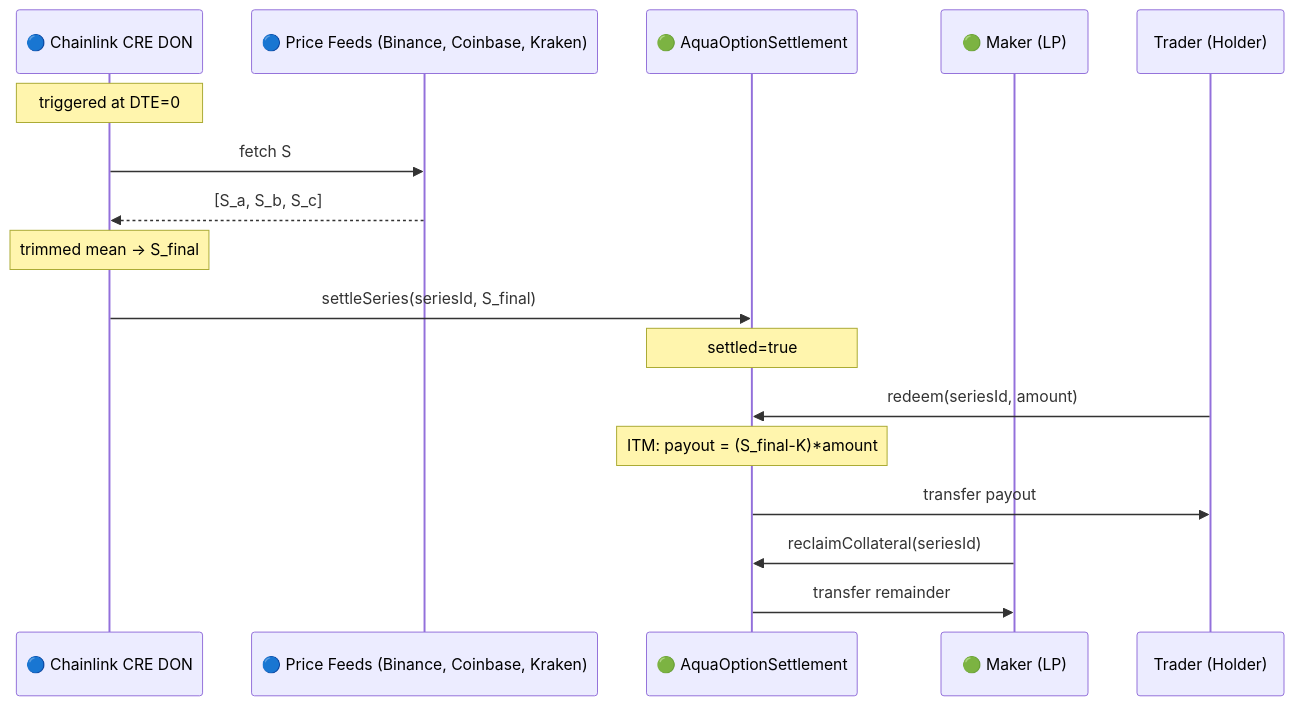
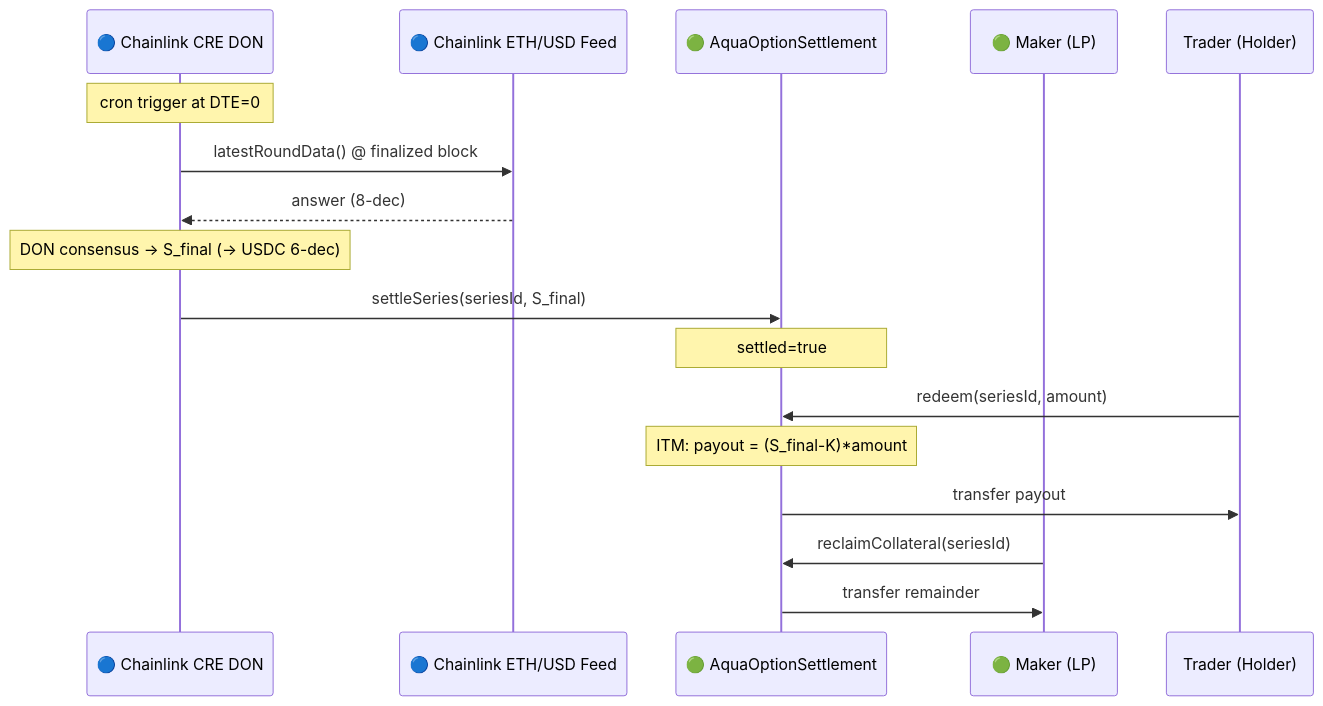
Before and after one commit to oslinin/Smile: the seventh of 7 diagrams in README.md, drawn with Mermaid. The commit also changed other lines of this file and 23 other files, not shown here.

First line of the commit message:
CRE settlement reads Chainlink ETH/USD feed; final Smile branding

````diff
--- a/README.md
+++ b/README.md
@@ -244,20 +255,20 @@
 ```mermaid
 sequenceDiagram
     participant CRE as 🔵 Chainlink CRE DON
-    participant Feeds as 🔵 Price Feeds (Binance, Coinbase, Kraken)
+    participant Feed as 🔵 Chainlink ETH/USD Feed
     participant Settlement as 🟢 AquaOptionSettlement
     participant Maker as 🟢 Maker (LP)
     participant Holder as Trader (Holder)
 
-    Note over CRE: triggered at DTE=0
-    CRE->>Feeds: fetch S
-    Feeds-->>CRE: [S_a, S_b, S_c]
-    Note over CRE: trimmed mean → S_final
+    Note over CRE: cron trigger at DTE=0
+    CRE->>Feed: latestRoundData() @ finalized block
+    Feed-->>CRE: answer (8-dec)
+    Note over CRE: DON consensus → S_final (→ USDC 6-dec)
     CRE->>Settlement: settleSeries(seriesId, S_final)
     Note over Settlement: settled=true
     Holder->>Settlement: redeem(seriesId, amount)
     Note over Settlement: ITM: payout = (S_final-K)*amount
     Settlement->>Holder: transfer payout
     Maker->>Settlement: reclaimCollateral(seriesId)
     Settlement->>Maker: transfer remainder
 ```
````
